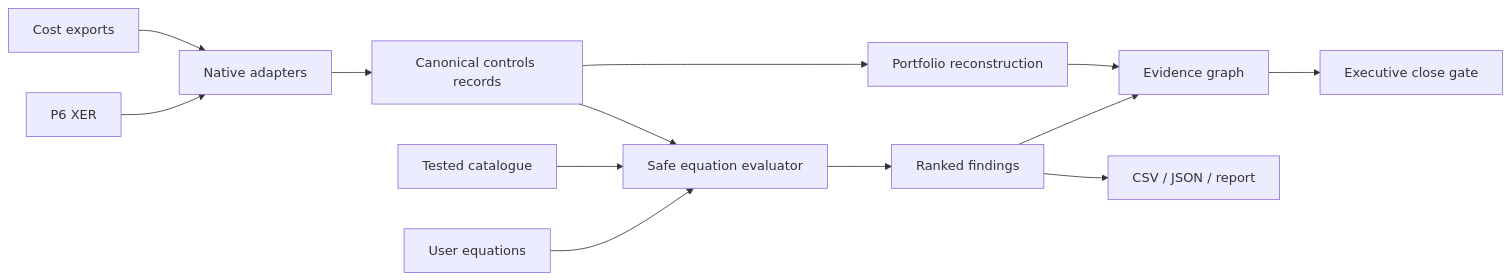
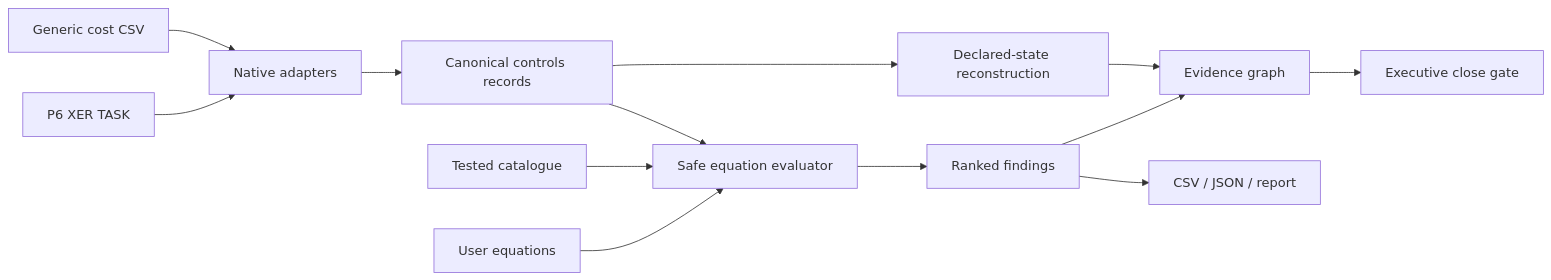
One commit to FlorianStuettgen/EQ-Proof changed the diagram in README.md. Above: the diagram before and after it, drawn with Mermaid. The commit also changed other lines of this file and 36 other files, not shown here.

````diff
--- a/README.md
+++ b/README.md
@@ -208,15 +251,15 @@
 ```mermaid
 flowchart LR
-    P6[P6 XER] --> ADAPTERS[Native adapters]
-    COST[Cost exports] --> ADAPTERS
+    P6[P6 XER TASK] --> ADAPTERS[Native adapters]
+    COST[Generic cost CSV] --> ADAPTERS
     USER[User equations] --> SAFE[Safe equation evaluator]
     CAT[Tested catalogue] --> SAFE
     ADAPTERS --> MODEL[Canonical controls records]
     MODEL --> SAFE
     SAFE --> FINDINGS[Ranked findings]
-    MODEL --> RECON[Portfolio reconstruction]
+    MODEL --> RECON[Declared-state reconstruction]
     FINDINGS --> GRAPH[Evidence graph]
     RECON --> GRAPH
     GRAPH --> GATE[Executive close gate]
     FINDINGS --> EXPORT[CSV / JSON / report]
 ```
````
